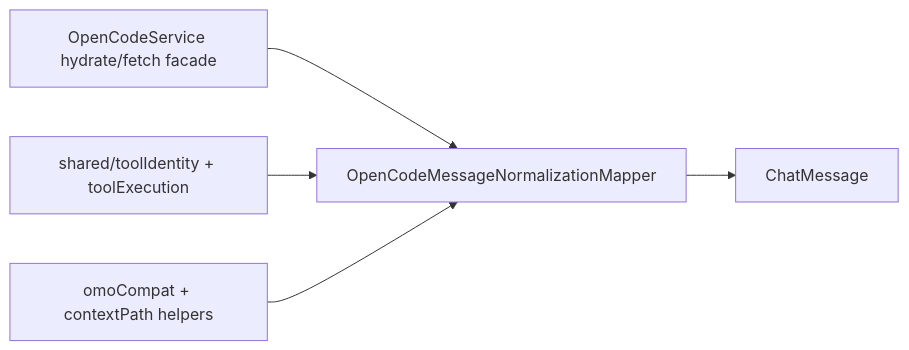
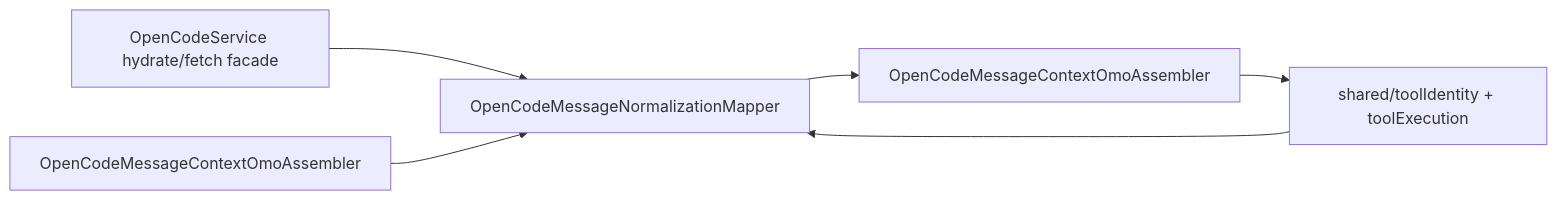
The diagram in docs/modules/core/opencode/OpenCodeMessageNormalizationMapper.md (OCDcreator/opencodian), drawn with Mermaid before and after one commit. The commit also changed other lines of this file and 10 other files, not shown here.

Commit message:
maintainability: round 414 - extract mapper context omo owner

````diff
--- a/docs/modules/core/opencode/OpenCodeMessageNormalizationMapper.md
+++ b/docs/modules/core/opencode/OpenCodeMessageNormalizationMapper.md
@@ -58,7 +56,8 @@
 ```mermaid
 graph LR
     A[OpenCodeService hydrate/fetch facade] --> B[OpenCodeMessageNormalizationMapper]
-    B --> C[ChatMessage]
+    B --> C[OpenCodeMessageContextOmoAssembler]
+    C --> D[ChatMessage]
     D[shared/toolIdentity + toolExecution] --> B
-    E[omoCompat + contextPath helpers] --> B
+    E[OpenCodeMessageContextOmoAssembler] --> B
 ```
````
